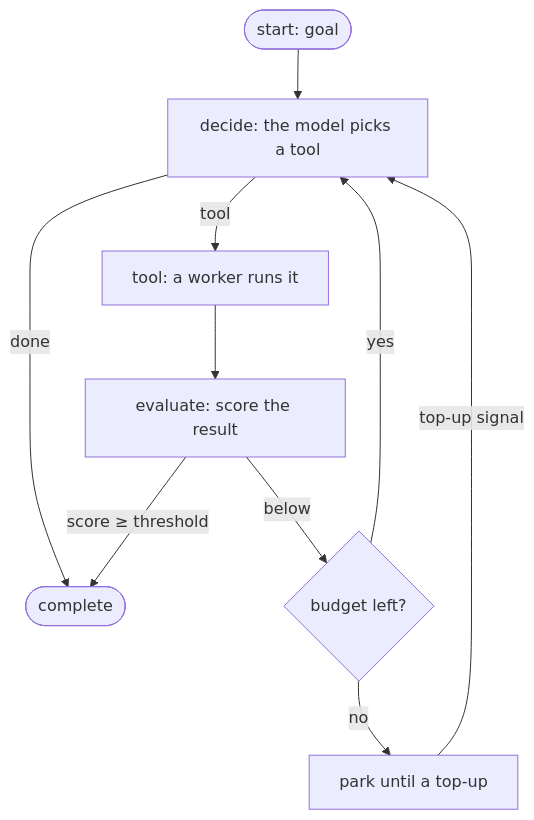
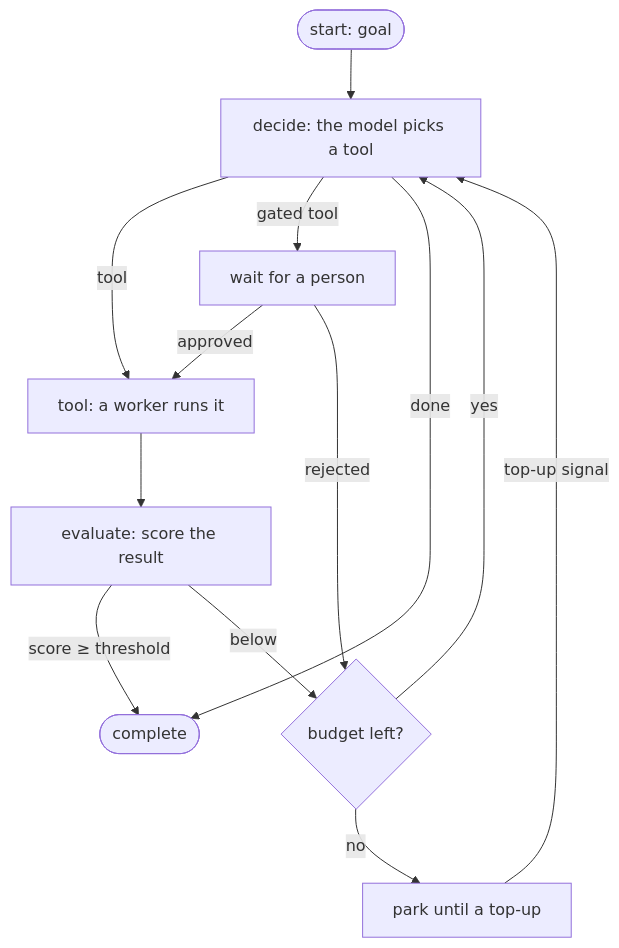
Before and after one commit to oonalab/vlo: the diagram in docs/agent-harness.md, drawn with Mermaid. The commit also changed other lines of this file and 23 other files, not shown here.

````diff
--- a/docs/agent-harness.md
+++ b/docs/agent-harness.md
@@ -33,12 +33,15 @@
 ```mermaid
 flowchart TD
   S([start: goal]) --> D[decide: the model picks a tool]
   D -->|tool| T[tool: a worker runs it]
+  D -->|gated tool| A[wait for a person]
+  A -->|approved| T
+  A -->|rejected| B
   D -->|done| F([complete])
   T --> E[evaluate: score the result]
   E -->|"score ≥ threshold"| F
   E -->|below| B{budget left?}
   B -->|yes| D
   B -->|no| P[park until a top-up]
   P -->|top-up signal| D
 ```
````
